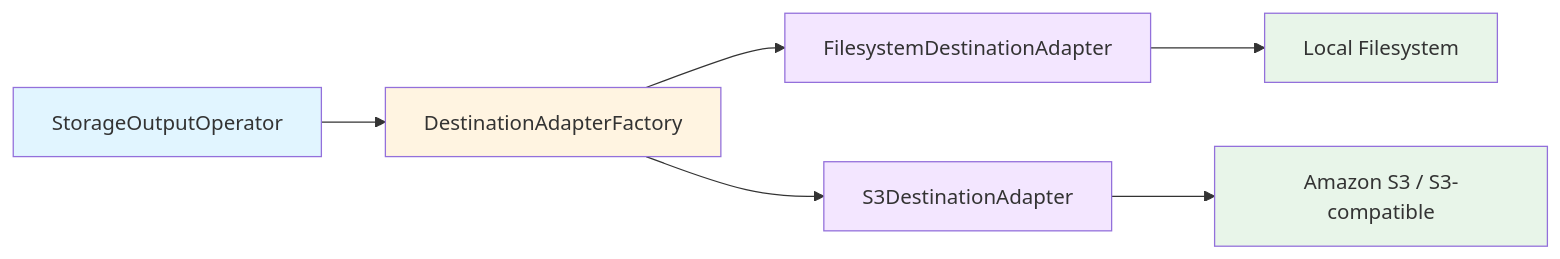
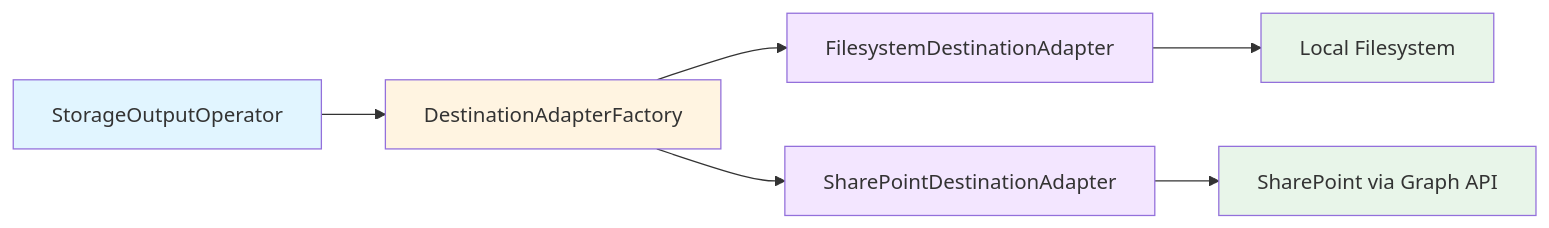
One commit to anupvarma007-ui/datasift-opensource changed the diagram in docs/operators/storage/storage_output_readme.md. Above: the diagram before and after it, drawn with Mermaid. The commit also changed other lines of this file and 14 other files, not shown here.

First line of the commit message:
Add SharePoint destination adapter for StorageOutputOperator (#898)

````diff
--- a/docs/operators/storage/storage_output_readme.md
+++ b/docs/operators/storage/storage_output_readme.md
@@ -358,15 +431,15 @@
 ```mermaid
 graph LR
     SOO[StorageOutputOperator] --> FAC[DestinationAdapterFactory]
     FAC --> FSA[FilesystemDestinationAdapter]
-    FAC --> S3A[S3DestinationAdapter]
+    FAC --> SPA[SharePointDestinationAdapter]
     FSA --> FS[Local Filesystem]
-    S3A --> S3[Amazon S3 / S3-compatible]
+    SPA --> SP[SharePoint via Graph API]
 
     style SOO fill:#e1f5ff
     style FAC fill:#fff4e1
     style FSA fill:#f3e6ff
-    style S3A fill:#f3e6ff
+    style SPA fill:#f3e6ff
     style FS fill:#e8f5e9
-    style S3 fill:#e8f5e9
+    style SP fill:#e8f5e9
 ```
````
